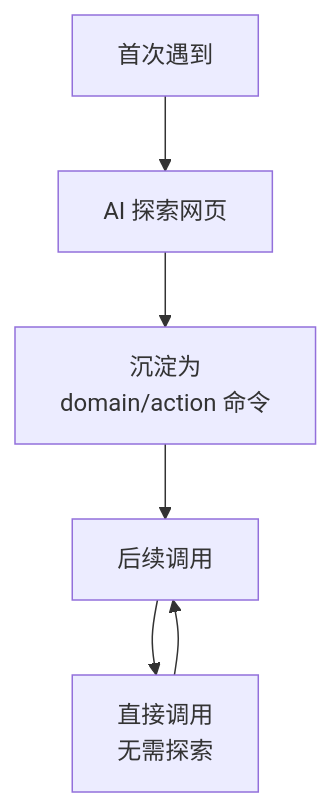
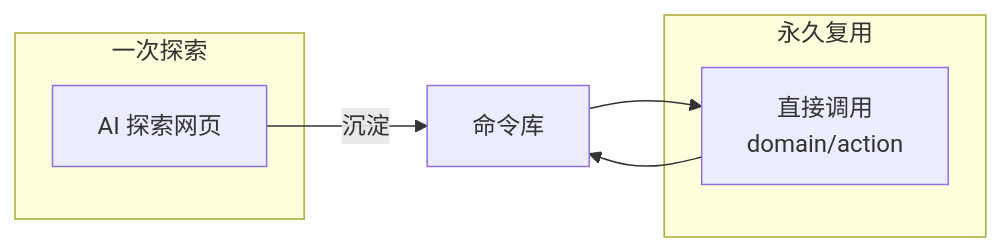
Before and after one commit to bqw1013/WebSculpt: the diagram in README_zh.md, drawn with Mermaid. The commit also changed 1 other file, not shown here.

Commit message:
docs: restructure mermaid diagram into explore-reuse layout

````diff
--- a/README_zh.md
+++ b/README_zh.md
@@ -18,8 +18,12 @@
 ```mermaid
-flowchart TD
-    A[首次遇到] --> B[AI 探索网页]
-    B --> C[沉淀为<br/>domain/action 命令]
-    C --> D[后续调用]
-    D --> E[直接调用<br/>无需探索]
-    E --> D
+flowchart LR
+    subgraph Explore["一次探索"]
+        A[AI 探索网页]
+    end
+    subgraph Reuse["永久复用"]
+        B[直接调用<br/>domain/action]
+    end
+    A -->|"沉淀"| C[命令库]
+    C --> B
+    B --> C
 ```
````
